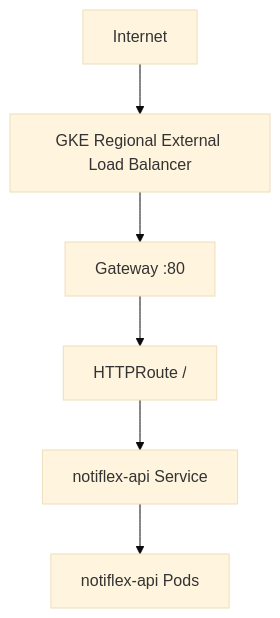
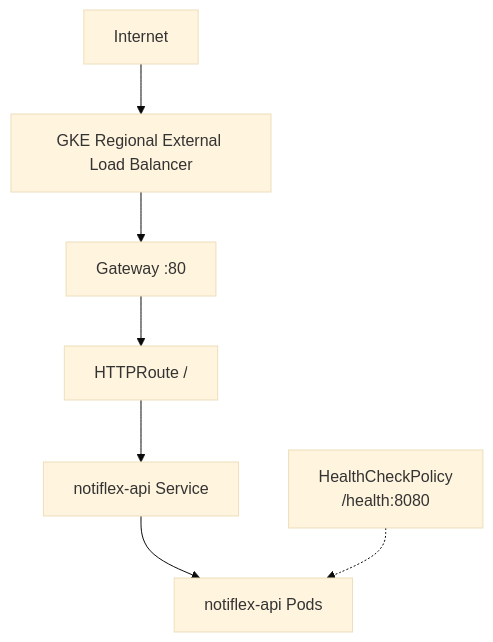
Before and after one commit to men16922/CLAUDE_CODE_STUDY_REPO: the second of 4 diagrams in 정리/Ch5/Chapter 5 무중단 배포.md, drawn with Mermaid (base theme). The commit also changed other lines of this file and 5 other files, not shown here.

Commit message:
docs: finalize Chapter 5 documents and diagrams

````diff
--- a/정리/Ch5/Chapter 5 무중단 배포.md
+++ b/정리/Ch5/Chapter 5 무중단 배포.md
@@ -160,8 +185,9 @@
-    ```mermaid
-    flowchart TB
-        Internet[Internet] --> LB[GKE Regional External Load Balancer]
-        LB --> GW[Gateway :80]
-        GW --> Route[HTTPRoute /]
-        Route --> Service[notiflex-api Service]
-        Service --> Pods[notiflex-api Pods]
-    ```
+```mermaid
+flowchart TB
+    Internet[Internet] --> LB[GKE Regional External Load Balancer]
+    LB --> GW[Gateway :80]
+    GW --> Route[HTTPRoute /]
+    Route --> Service[notiflex-api Service]
+    Service --> Pods[notiflex-api Pods]
+    Health[HealthCheckPolicy<br/>/health:8080] -.-> Pods
+```
````
